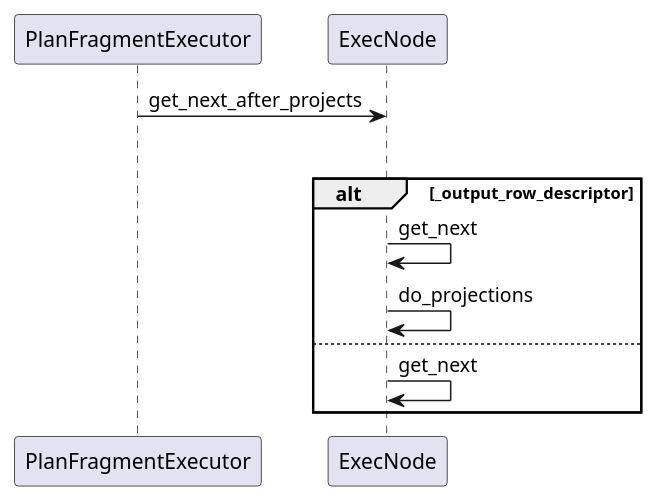
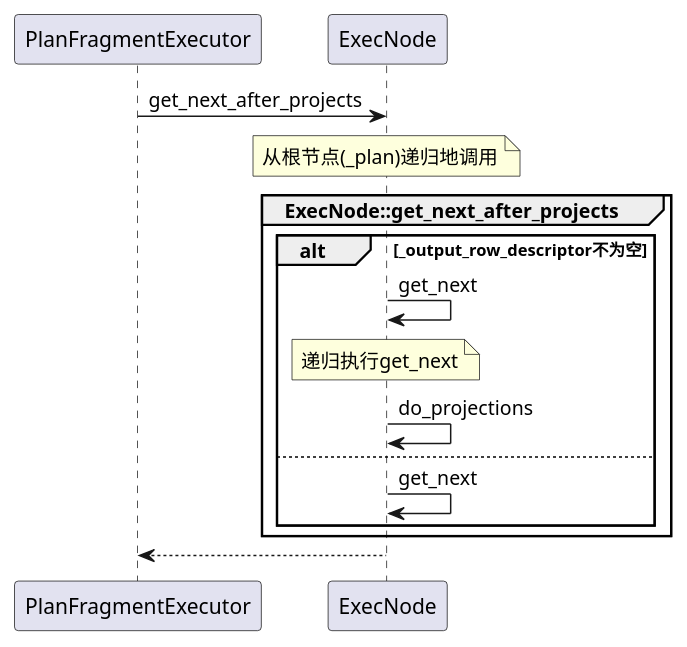
Before and after one commit to DepInjoy/geektime: the fifth of 6 diagrams in doc/DB/Doris/SourceRead/12_01_Exec_Volcano.md, drawn with PlantUML. The commit also changed other lines of this file, not shown here.

````diff
--- a/doc/DB/Doris/SourceRead/12_01_Exec_Volcano.md
+++ b/doc/DB/Doris/SourceRead/12_01_Exec_Volcano.md
@@ -127,12 +136,17 @@
 ```plantuml
 @startuml
 PlanFragmentExecutor -> ExecNode:get_next_after_projects
+note over of ExecNode : 从根节点(_plan)递归地调用
 group ExecNode::get_next_after_projects
-alt _output_row_descriptor
+alt _output_row_descriptor不为空
     ExecNode -> ExecNode:get_next
+    note over of ExecNode : 递归执行get_next
+
     ExecNode -> ExecNode:do_projections
 else
-ExecNode -> ExecNode:get_next
+    ExecNode -> ExecNode:get_next
+end
 end group
+ExecNode --> PlanFragmentExecutor
 @enduml
 ```
````
